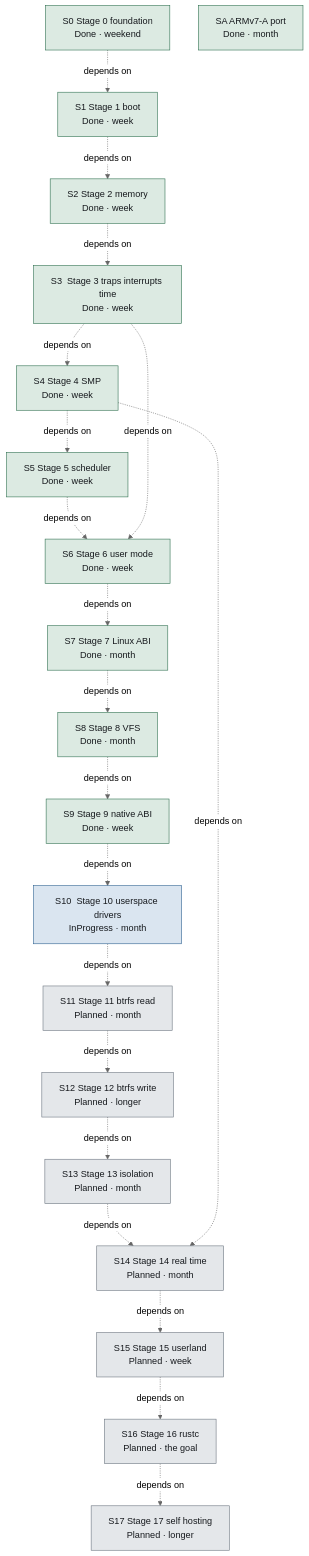
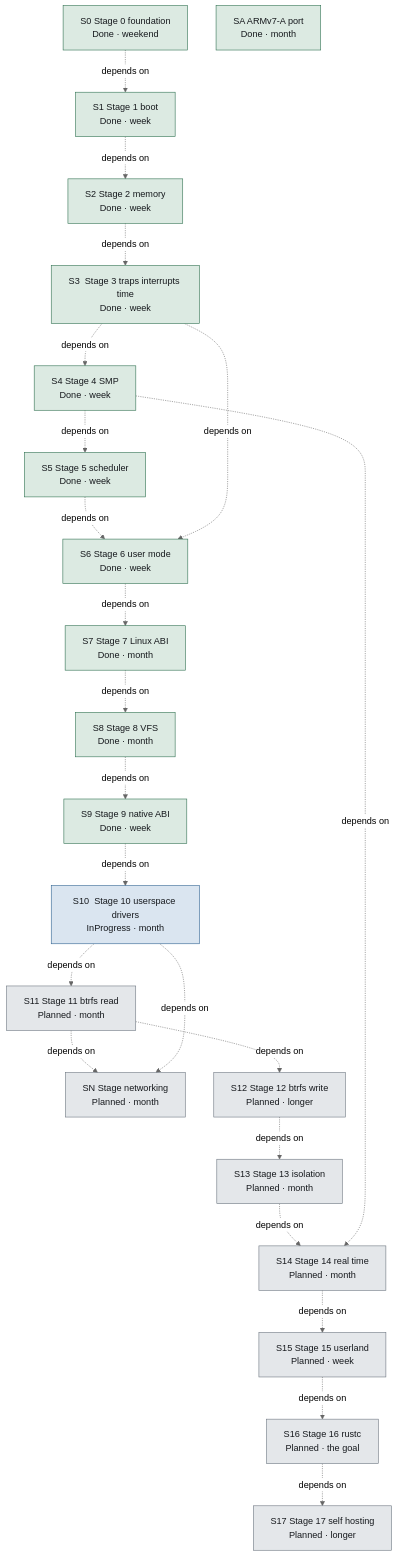
Before and after one commit to SetZero/ferrix: diagram 16 of 19 in docs/generated/ARCHITECTURE.md, drawn with Mermaid (neutral theme). The commit also changed other lines of this file and 7 other files, not shown here.

First line of the commit message:
Stage networking after stage 11, as the ARMv7-A port is staged after stage 4

````diff
--- a/docs/generated/ARCHITECTURE.md
+++ b/docs/generated/ARCHITECTURE.md
@@ -2504,47 +2505,50 @@
 ```mermaid
 flowchart TB
   n0_FerrixRoadmap_stage0Foundation["S0  Stage 0 foundation<br>Done · weekend"]
   n1_FerrixRoadmap_stage1Boot["S1  Stage 1 boot<br>Done · week"]
   n2_FerrixRoadmap_stage2Memory["S2  Stage 2 memory<br>Done · week"]
   n3_FerrixRoadmap_stage3TrapsInterruptsTime["S3  Stage 3 traps interrupts time<br>Done · week"]
   n4_FerrixRoadmap_stage4Smp["S4  Stage 4 SMP<br>Done · week"]
   n5_FerrixRoadmap_armv7aPort["SA  ARMv7-A port<br>Done · month"]
   n6_FerrixRoadmap_stage5Scheduler["S5  Stage 5 scheduler<br>Done · week"]
   n7_FerrixRoadmap_stage6UserMode["S6  Stage 6 user mode<br>Done · week"]
   n8_FerrixRoadmap_stage7LinuxAbi["S7  Stage 7 Linux ABI<br>Done · month"]
   n9_FerrixRoadmap_stage8Vfs["S8  Stage 8 VFS<br>Done · month"]
   n10_FerrixRoadmap_stage9NativeAbi["S9  Stage 9 native ABI<br>Done · week"]
   n11_FerrixRoadmap_stage10UserspaceDrivers["S10  Stage 10 userspace drivers<br>InProgress · month"]
   n12_FerrixRoadmap_stage11BtrfsRead["S11  Stage 11 btrfs read<br>Planned · month"]
-  n13_FerrixRoadmap_stage12BtrfsWrite["S12  Stage 12 btrfs write<br>Planned · longer"]
-  n14_FerrixRoadmap_stage13Isolation["S13  Stage 13 isolation<br>Planned · month"]
-  n15_FerrixRoadmap_stage14RealTime["S14  Stage 14 real time<br>Planned · month"]
-  n16_FerrixRoadmap_stage15Userland["S15  Stage 15 userland<br>Planned · week"]
-  n17_FerrixRoadmap_stage16Rustc["S16  Stage 16 rustc<br>Planned · the goal"]
-  n18_FerrixRoadmap_stage17SelfHosting["S17  Stage 17 self hosting<br>Planned · longer"]
+  n13_FerrixRoadmap_stageNetworking["SN  Stage networking<br>Planned · month"]
+  n14_FerrixRoadmap_stage12BtrfsWrite["S12  Stage 12 btrfs write<br>Planned · longer"]
+  n15_FerrixRoadmap_stage13Isolation["S13  Stage 13 isolation<br>Planned · month"]
+  n16_FerrixRoadmap_stage14RealTime["S14  Stage 14 real time<br>Planned · month"]
+  n17_FerrixRoadmap_stage15Userland["S15  Stage 15 userland<br>Planned · week"]
+  n18_FerrixRoadmap_stage16Rustc["S16  Stage 16 rustc<br>Planned · the goal"]
+  n19_FerrixRoadmap_stage17SelfHosting["S17  Stage 17 self hosting<br>Planned · longer"]
   n0_FerrixRoadmap_stage0Foundation -. "depends on" .-> n1_FerrixRoadmap_stage1Boot
   n1_FerrixRoadmap_stage1Boot -. "depends on" .-> n2_FerrixRoadmap_stage2Memory
   n2_FerrixRoadmap_stage2Memory -. "depends on" .-> n3_FerrixRoadmap_stage3TrapsInterruptsTime
   n3_FerrixRoadmap_stage3TrapsInterruptsTime -. "depends on" .-> n4_FerrixRoadmap_stage4Smp
   n4_FerrixRoadmap_stage4Smp -. "depends on" .-> n6_FerrixRoadmap_stage5Scheduler
   n6_FerrixRoadmap_stage5Scheduler -. "depends on" .-> n7_FerrixRoadmap_stage6UserMode
   n3_FerrixRoadmap_stage3TrapsInterruptsTime -. "depends on" .-> n7_FerrixRoadmap_stage6UserMode
   n7_FerrixRoadmap_stage6UserMode -. "depends on" .-> n8_FerrixRoadmap_stage7LinuxAbi
   n8_FerrixRoadmap_stage7LinuxAbi -. "depends on" .-> n9_FerrixRoadmap_stage8Vfs
   n9_FerrixRoadmap_stage8Vfs -. "depends on" .-> n10_FerrixRoadmap_stage9NativeAbi
   n10_FerrixRoadmap_stage9NativeAbi -. "depends on" .-> n11_FerrixRoadmap_stage10UserspaceDrivers
   n11_FerrixRoadmap_stage10UserspaceDrivers -. "depends on" .-> n12_FerrixRoadmap_stage11BtrfsRead
-  n12_FerrixRoadmap_stage11BtrfsRead -. "depends on" .-> n13_FerrixRoadmap_stage12BtrfsWrite
-  n13_FerrixRoadmap_stage12BtrfsWrite -. "depends on" .-> n14_FerrixRoadmap_stage13Isolation
-  n14_FerrixRoadmap_stage13Isolation -. "depends on" .-> n15_FerrixRoadmap_stage14RealTime
-  n4_FerrixRoadmap_stage4Smp -. "depends on" .-> n15_FerrixRoadmap_stage14RealTime
-  n15_FerrixRoadmap_stage14RealTime -. "depends on" .-> n16_FerrixRoadmap_stage15Userland
-  n16_FerrixRoadmap_stage15Userland -. "depends on" .-> n17_FerrixRoadmap_stage16Rustc
-  n17_FerrixRoadmap_stage16Rustc -. "depends on" .-> n18_FerrixRoadmap_stage17SelfHosting
+  n12_FerrixRoadmap_stage11BtrfsRead -. "depends on" .-> n13_FerrixRoadmap_stageNetworking
+  n11_FerrixRoadmap_stage10UserspaceDrivers -. "depends on" .-> n13_FerrixRoadmap_stageNetworking
+  n12_FerrixRoadmap_stage11BtrfsRead -. "depends on" .-> n14_FerrixRoadmap_stage12BtrfsWrite
+  n14_FerrixRoadmap_stage12BtrfsWrite -. "depends on" .-> n15_FerrixRoadmap_stage13Isolation
+  n15_FerrixRoadmap_stage13Isolation -. "depends on" .-> n16_FerrixRoadmap_stage14RealTime
+  n4_FerrixRoadmap_stage4Smp -. "depends on" .-> n16_FerrixRoadmap_stage14RealTime
+  n16_FerrixRoadmap_stage14RealTime -. "depends on" .-> n17_FerrixRoadmap_stage15Userland
+  n17_FerrixRoadmap_stage15Userland -. "depends on" .-> n18_FerrixRoadmap_stage16Rustc
+  n18_FerrixRoadmap_stage16Rustc -. "depends on" .-> n19_FerrixRoadmap_stage17SelfHosting
   classDef implemented fill:#dceae2,stroke:#2c6e4e,color:#16191d
   classDef inProgress fill:#dae5f0,stroke:#2a5f8f,color:#16191d
   classDef planned fill:#e4e7ea,stroke:#6a737e,color:#16191d
   class n0_FerrixRoadmap_stage0Foundation,n1_FerrixRoadmap_stage1Boot,n2_FerrixRoadmap_stage2Memory,n3_FerrixRoadmap_stage3TrapsInterruptsTime,n4_FerrixRoadmap_stage4Smp,n5_FerrixRoadmap_armv7aPort,n6_FerrixRoadmap_stage5Scheduler,n7_FerrixRoadmap_stage6UserMode,n8_FerrixRoadmap_stage7LinuxAbi,n9_FerrixRoadmap_stage8Vfs,n10_FerrixRoadmap_stage9NativeAbi implemented
   class n11_FerrixRoadmap_stage10UserspaceDrivers inProgress
-  class n12_FerrixRoadmap_stage11BtrfsRead,n13_FerrixRoadmap_stage12BtrfsWrite,n14_FerrixRoadmap_stage13Isolation,n15_FerrixRoadmap_stage14RealTime,n16_FerrixRoadmap_stage15Userland,n17_FerrixRoadmap_stage16Rustc,n18_FerrixRoadmap_stage17SelfHosting planned
+  class n12_FerrixRoadmap_stage11BtrfsRead,n13_FerrixRoadmap_stageNetworking,n14_FerrixRoadmap_stage12BtrfsWrite,n15_FerrixRoadmap_stage13Isolation,n16_FerrixRoadmap_stage14RealTime,n17_FerrixRoadmap_stage15Userland,n18_FerrixRoadmap_stage16Rustc,n19_FerrixRoadmap_stage17SelfHosting planned
 ```
````
